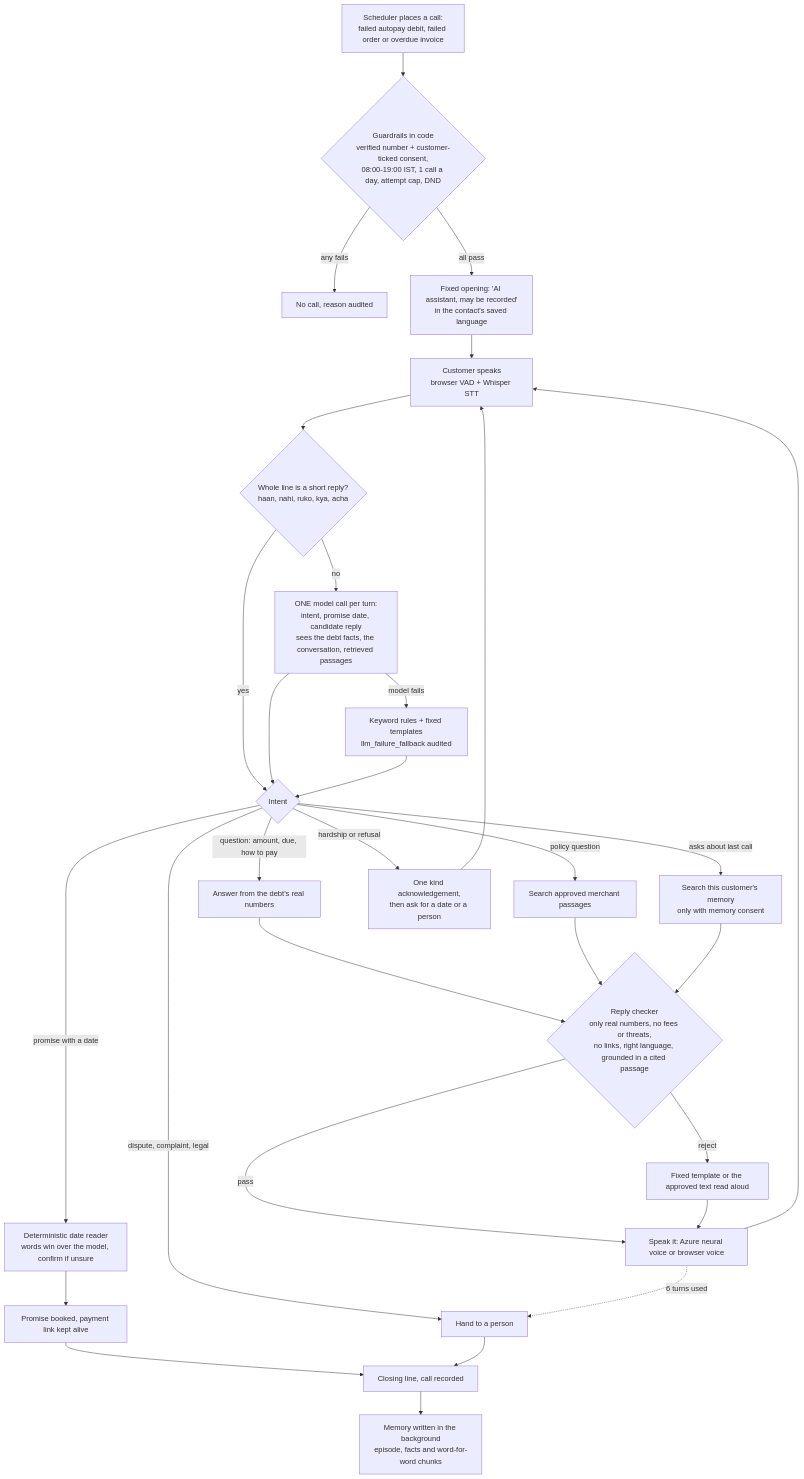
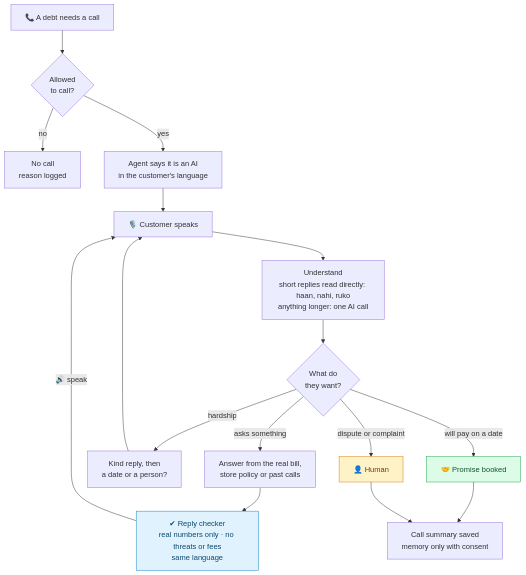
The fourth of 4 diagrams in README.md (Lakshaykhatri231/Backstop), drawn with Mermaid before and after one commit. The commit also changed other lines of this file, not shown here.

````diff
--- a/README.md
+++ b/README.md
@@ -398,30 +387,25 @@
 ```mermaid
 flowchart TD
-    T["Scheduler places a call:<br/>failed autopay debit, failed order or overdue invoice"] --> G{"Guardrails in code<br/>verified number + customer-ticked consent,<br/>08:00-19:00 IST, 1 call a day, attempt cap, DND"}
-    G -- any fails --> SK["No call, reason audited"]
-    G -- all pass --> O["Fixed opening: 'AI assistant, may be recorded'<br/>in the contact's saved language"]
-    O --> H["Customer speaks<br/>browser VAD + Whisper STT"]
-    H --> SR{"Whole line is a short reply?<br/>haan, nahi, ruko, kya, acha"}
-    SR -- yes --> INT
-    SR -- no --> M["ONE model call per turn:<br/>intent, promise date, candidate reply<br/>sees the debt facts, the conversation, retrieved passages"]
-    M -- "model fails" --> KW["Keyword rules + fixed templates<br/>llm_failure_fallback audited"]
-    M --> INT{"Intent"}
-    KW --> INT
-    INT -- "question: amount, due, how to pay" --> Q["Answer from the debt's real numbers"]
-    INT -- "policy question" --> R["Search approved merchant passages"]
-    INT -- "asks about last call" --> MEM["Search this customer's memory<br/>only with memory consent"]
-    INT -- "promise with a date" --> PR["Deterministic date reader<br/>words win over the model, confirm if unsure"]
-    INT -- "hardship or refusal" --> HS["One kind acknowledgement,<br/>then ask for a date or a person"]
-    INT -- "dispute, complaint, legal" --> HP["Hand to a person"]
-    Q & R & MEM --> V{"Reply checker<br/>only real numbers, no fees or threats,<br/>no links, right language, grounded in a cited passage"}
-    V -- pass --> SP["Speak it: Azure neural voice or browser voice"]
-    V -- reject --> FT["Fixed template or the approved text read aloud"]
-    FT --> SP
-    SP --> H
-    PR --> BK["Promise booked, payment link kept alive"]
-    HS --> H
-    SP -. "6 turns used" .-> HP
-    BK --> END["Closing line, call recorded"]
-    HP --> END
-    END --> MW["Memory written in the background<br/>episode, facts and word-for-word chunks"]
+    D["📞 A debt needs a call"] --> G{"Allowed<br/>to call?"}
+    G -- no --> X["No call<br/>reason logged"]
+    G -- yes --> O["Agent says it is an AI<br/>in the customer's language"]
+    O --> L["🎙️ Customer speaks"]
+    L --> U["Understand<br/>short replies read directly: haan, nahi, ruko<br/>anything longer: one AI call"]
+    U --> K{"What do<br/>they want?"}
+    K -- "asks something" --> AN["Answer from the real bill,<br/>store policy or past calls"]
+    AN --> CHK["✔ Reply checker<br/>real numbers only · no threats or fees<br/>same language"]
+    CHK -- "🔊 speak" --> L
+    K -- "hardship" --> E["Kind reply, then<br/>a date or a person?"]
+    E --> L
+    K -- "will pay on a date" --> P["🤝 Promise booked"]
+    K -- "dispute or complaint" --> HU["👤 Human"]
+    P --> M["Call summary saved<br/>memory only with consent"]
+    HU --> M
+
+    classDef good fill:#dcfce7,stroke:#16a34a,color:#14532d
+    classDef person fill:#fef3c7,stroke:#d97706,color:#78350f
+    classDef check fill:#e0f2fe,stroke:#0284c7,color:#0c4a6e
+    class P good
+    class HU person
+    class CHK check
 ```
````
